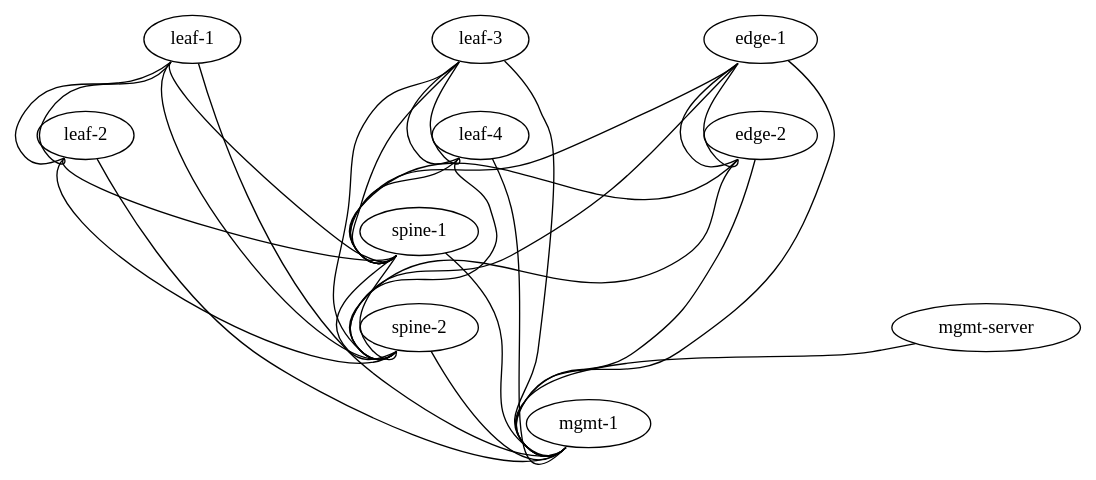
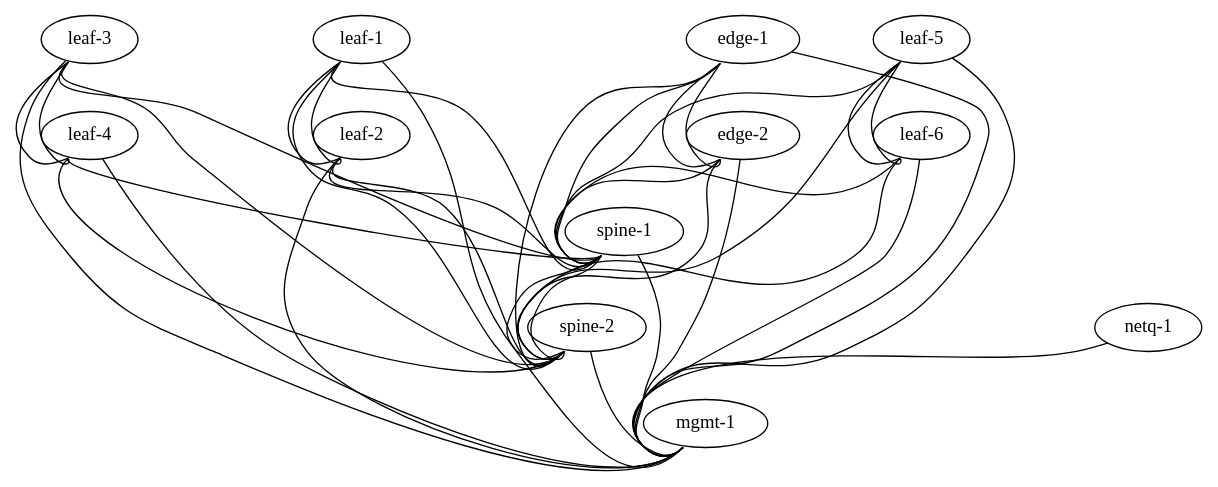
The diagram in topology-production.dot (berndonline/cumulus-lab-vagrant), drawn with Graphviz before and after one commit. The commit also changed 4 other files, not shown here.

```diff
--- a/topology-production.dot
+++ b/topology-production.dot
@@ -1,48 +1,56 @@
 graph vx {
- "leaf-1" [function="leaf" vagrant="eth1" as="CumulusCommunity/cumulus-vx" version="3.3.2" memory="512" config="./helper_scripts/config_production_switch.sh" ]
- "leaf-2" [function="leaf" vagrant="eth1" os="CumulusCommunity/cumulus-vx" version="3.3.2" memory="512" config="./helper_scripts/config_production_switch.sh" ]
- "leaf-3" [function="leaf" vagrant="eth1" os="CumulusCommunity/cumulus-vx" version="3.3.2" memory="512" config="./helper_scripts/config_production_switch.sh" ]
- "leaf-4" [function="leaf" vagrant="eth1" os="CumulusCommunity/cumulus-vx" version="3.3.2" memory="512" config="./helper_scripts/config_production_switch.sh" ]
- "spine-1" [function="spine" vagrant="eth1" os="CumulusCommunity/cumulus-vx" version="3.3.2" memory="512" config="./helper_scripts/config_production_switch.sh" ]
- "spine-2" [function="spine" vagrant="eth1" os="CumulusCommunity/cumulus-vx" version="3.3.2" memory="512" config="./helper_scripts/config_production_switch.sh" ]
- "edge-1" [function="edge" vagrant="eth1" os="CumulusCommunity/cumulus-vx" version="3.3.2" memory="512" config="./helper_scripts/config_production_switch.sh" ]
- "edge-2" [function="edge" vagrant="eth1" os="CumulusCommunity/cumulus-vx" version="3.3.2" memory="512" config="./helper_scripts/config_production_switch.sh" ]
- "mgmt-1" [function="mgmt" vagrant="eth1" os="CumulusCommunity/cumulus-vx" version="3.3.2" memory="512" config="./helper_scripts/config_mgmt_production_switch.sh" ]
- "mgmt-server" [function="mgmt-server" vagrant="eth0" os="cumulus/ts" memory="1024" config="./helper_scripts/config_mgmt_production_server.sh" ]
-
+ "leaf-1" [function="leaf" vagrant="eth1" as="CumulusCommunity/cumulus-vx" version="3.4.3" memory="512" config="./helper_scripts/config_production_switch.sh" ]
+ "leaf-2" [function="leaf" vagrant="eth1" os="CumulusCommunity/cumulus-vx" version="3.4.3" memory="512" config="./helper_scripts/config_production_switch.sh" ]
+ "leaf-3" [function="leaf" vagrant="eth1" os="CumulusCommunity/cumulus-vx" version="3.4.3" memory="512" config="./helper_scripts/config_production_switch.sh" ]
+ "leaf-4" [function="leaf" vagrant="eth1" os="CumulusCommunity/cumulus-vx" version="3.4.3" memory="512" config="./helper_scripts/config_production_switch.sh" ]
+ "leaf-5" [function="leaf" vagrant="eth1" os="CumulusCommunity/cumulus-vx" version="3.4.3" memory="512" config="./helper_scripts/config_production_switch.sh" ]
+ "leaf-6" [function="leaf" vagrant="eth1" os="CumulusCommunity/cumulus-vx" version="3.4.3" memory="512" config="./helper_scripts/config_production_switch.sh" ]
+ "spine-1" [function="spine" vagrant="eth1" os="CumulusCommunity/cumulus-vx" version="3.4.3" memory="512" config="./helper_scripts/config_production_switch.sh" ]
+ "spine-2" [function="spine" vagrant="eth1" os="CumulusCommunity/cumulus-vx" version="3.4.3" memory="512" config="./helper_scripts/config_production_switch.sh" ]
+ "edge-1" [function="edge" vagrant="eth1" os="CumulusCommunity/cumulus-vx" version="3.4.3" memory="512" config="./helper_scripts/config_production_switch.sh" ]
+ "edge-2" [function="edge" vagrant="eth1" os="CumulusCommunity/cumulus-vx" version="3.4.3" memory="512" config="./helper_scripts/config_production_switch.sh" ]
+ "mgmt-1" [function="mgmt" vagrant="eth1" os="CumulusCommunity/cumulus-vx" version="3.4.3" memory="512" config="./helper_scripts/config_mgmt_production_switch.sh" ]
+ "netq-1" [function="netq" vagrant="eth0" os="cumulus/ts" memory="1024" config="./helper_scripts/config_mgmt_production_server.sh" ]
 
  "leaf-1":"swp51" -- "spine-1":"swp1"
  "leaf-2":"swp51" -- "spine-1":"swp2"
  "leaf-3":"swp51" -- "spine-1":"swp3"
  "leaf-4":"swp51" -- "spine-1":"swp4"
+ "leaf-5":"swp51" -- "spine-1":"swp5"
+ "leaf-6":"swp51" -- "spine-1":"swp6"
  "leaf-1":"swp52" -- "spine-2":"swp1"
  "leaf-2":"swp52" -- "spine-2":"swp2"
  "leaf-3":"swp52" -- "spine-2":"swp3"
  "leaf-4":"swp52" -- "spine-2":"swp4"
+ "leaf-5":"swp52" -- "spine-2":"swp5"
+ "leaf-6":"swp52" -- "spine-2":"swp6"
 
  "leaf-1":"swp53" -- "leaf-2":"swp53"
  "leaf-1":"swp54" -- "leaf-2":"swp54"
  "leaf-3":"swp53" -- "leaf-4":"swp53"
  "leaf-3":"swp54" -- "leaf-4":"swp54"
+ "leaf-5":"swp53" -- "leaf-6":"swp53"
+ "leaf-5":"swp54" -- "leaf-6":"swp54"
 
  "spine-1":"swp53" -- "spine-2":"swp53"
  "spine-1":"swp54" -- "spine-2":"swp54"
  "edge-1":"swp53" -- "edge-2":"swp53"
  "edge-1":"swp54" -- "edge-2":"swp54"
 
  "edge-1":"swp51" -- "spine-1":"swp51"
  "edge-1":"swp52" -- "spine-2":"swp51"
  "edge-2":"swp51" -- "spine-1":"swp52"
  "edge-2":"swp52" -- "spine-2":"swp52"
 
-
  "leaf-1":"eth0" -- "mgmt-1":"swp1" [left_mac="a0:00:00:00:00:11"]
  "leaf-2":"eth0" -- "mgmt-1":"swp2" [left_mac="a0:00:00:00:00:12"]
  "leaf-3":"eth0" -- "mgmt-1":"swp3" [left_mac="a0:00:00:00:00:13"]
  "leaf-4":"eth0" -- "mgmt-1":"swp4" [left_mac="a0:00:00:00:00:14"]
+ "leaf-5":"eth0" -- "mgmt-1":"swp5" [left_mac="a0:00:00:00:00:15"]
+ "leaf-6":"eth0" -- "mgmt-1":"swp6" [left_mac="a0:00:00:00:00:16"]
  "spine-1":"eth0" -- "mgmt-1":"swp7" [left_mac="a0:00:00:00:00:21"]
  "spine-2":"eth0" -- "mgmt-1":"swp8" [left_mac="a0:00:00:00:00:22"]
- "edge-1":"eth0" -- "mgmt-1":"swp5" [left_mac="a0:00:00:00:00:41"]
- "edge-2":"eth0" -- "mgmt-1":"swp6" [left_mac="a0:00:00:00:00:42"]
- "mgmt-server":"eth1" -- "mgmt-1":"swp9" [right_mac="a0:00:00:00:00:61"]
+ "edge-1":"eth0" -- "mgmt-1":"swp9" [left_mac="a0:00:00:00:00:41"]
+ "edge-2":"eth0" -- "mgmt-1":"swp10" [left_mac="a0:00:00:00:00:42"]
+ "netq-1":"eth1" -- "mgmt-1":"swp11" [right_mac="a0:00:00:00:00:61"]
 }
```
